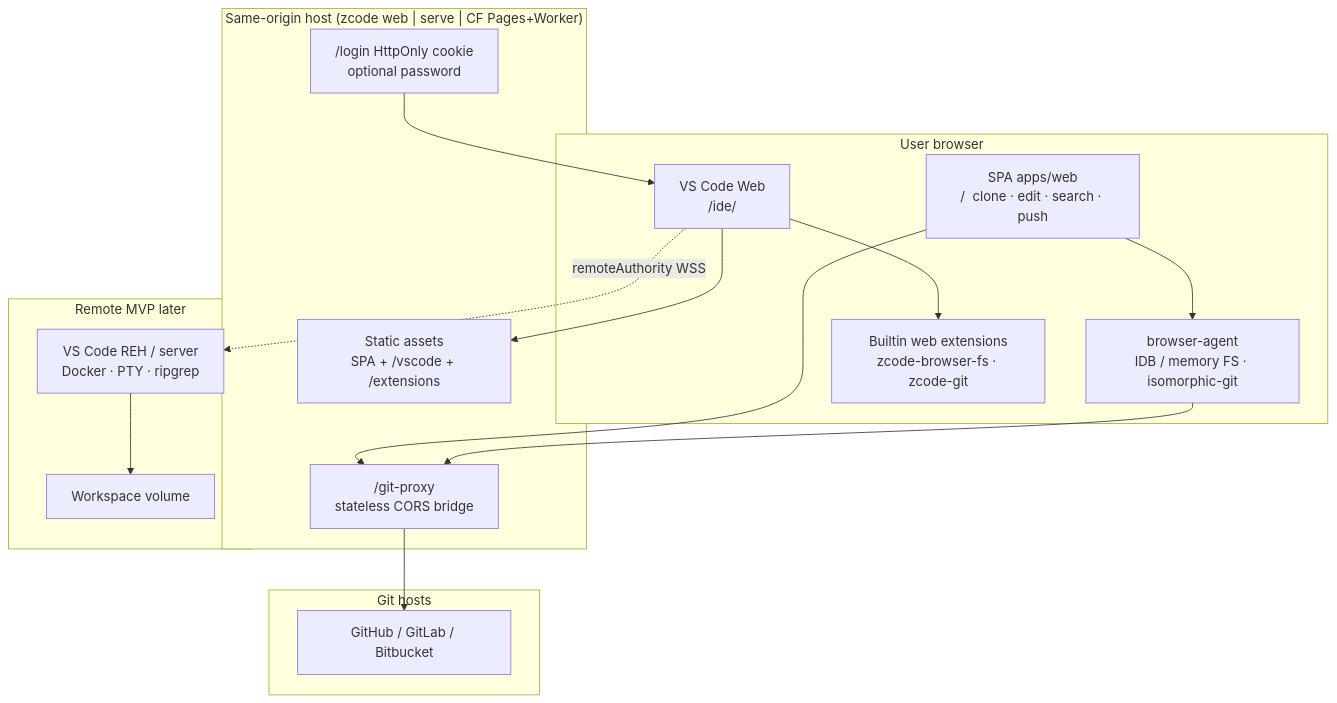
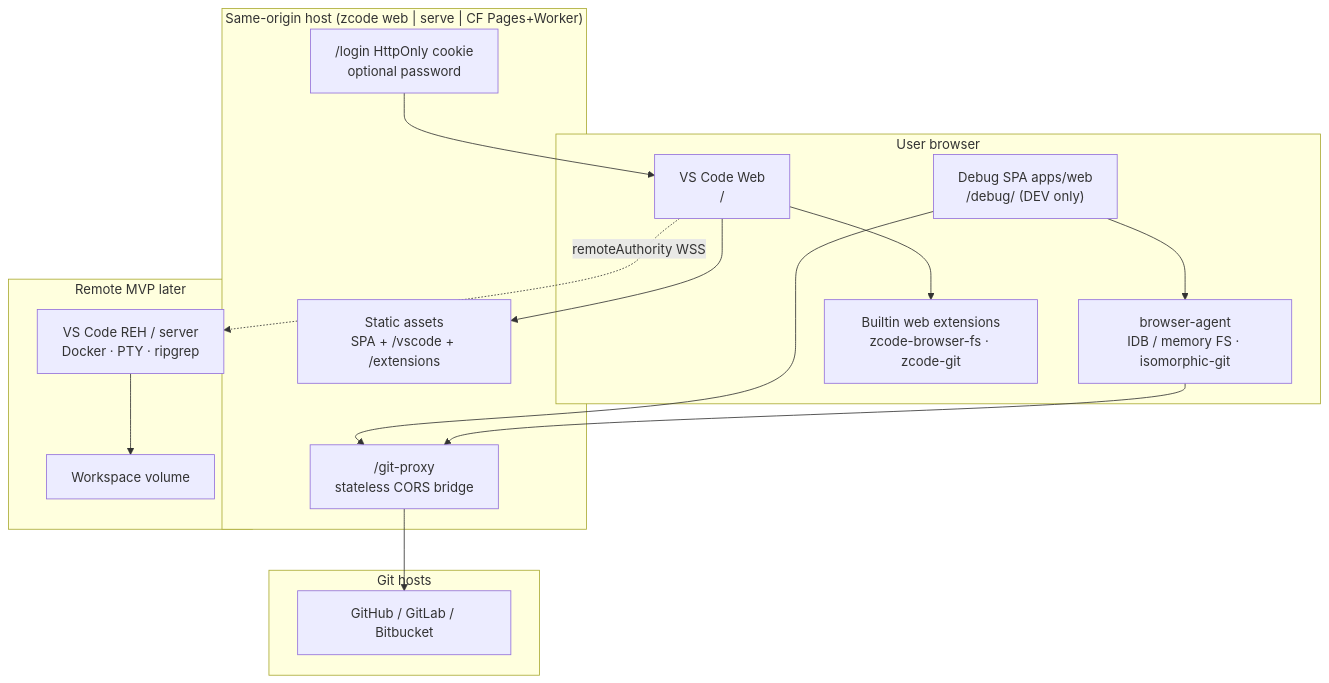
The first of 3 diagrams in PLAN.md (spinupdev/zcode), drawn with Mermaid before and after one commit. The commit also changed other lines of this file and 27 other files, not shown here.

First line of the commit message:
feat(web): serve product IDE at / and debug SPA at /debug/

````diff
--- a/PLAN.md
+++ b/PLAN.md
@@ -31,34 +31,34 @@
 ```mermaid
 flowchart TB
   subgraph Browser["User browser"]
-    SPA["SPA apps/web\n/  clone · edit · search · push"]
-    IDE["VS Code Web\n/ide/"]
+    SPA["Debug SPA apps/web\n/debug/  (DEV only)"]
+    IDE["VS Code Web\n/"]
     Agent["browser-agent\nIDB / memory FS · isomorphic-git"]
     Ext["Builtin web extensions\nzcode-browser-fs · zcode-git"]
   end
 
   subgraph SameOrigin["Same-origin host (zcode web | serve | CF Pages+Worker)"]
     Static["Static assets\nSPA + /vscode + /extensions"]
     Proxy["/git-proxy\nstateless CORS bridge"]
     Login["/login HttpOnly cookie\noptional password"]
   end
 
   subgraph RemoteOptional["Remote MVP later"]
     REH["VS Code REH / server\nDocker · PTY · ripgrep"]
     Vol["Workspace volume"]
   end
 
   subgraph GitHosts["Git hosts"]
     GH["GitHub / GitLab / Bitbucket"]
   end
 
   SPA --> Agent
   SPA --> Proxy
   IDE --> Ext
   IDE --> Static
   IDE -.->|remoteAuthority WSS| REH
   Proxy --> GH
   Agent --> Proxy
   Login --> IDE
   REH --> Vol
 ```
````
